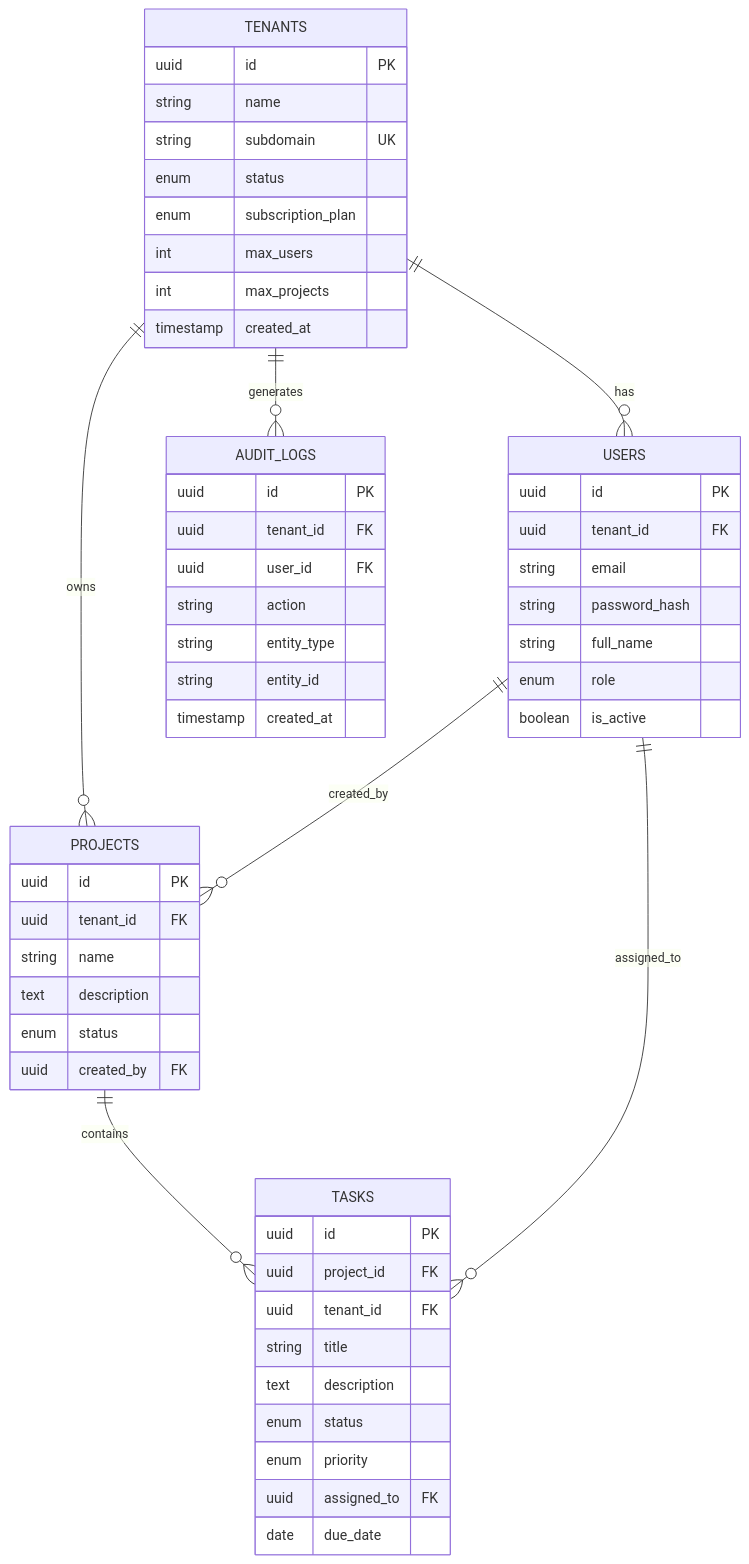
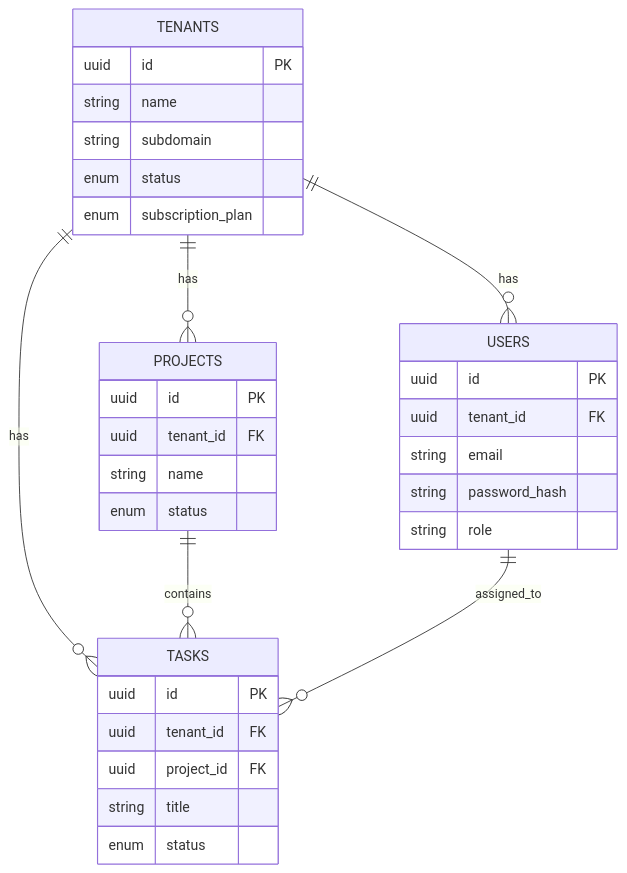
One commit to ganesh714/saas-project-management-system changed the second of 2 diagrams in docs/architecture.md. Above: the diagram before and after it, drawn with Mermaid. The commit also changed other lines of this file, not shown here.

Commit message:
Update Architecture document with diagrams and endpoint list

````diff
--- a/docs/architecture.md
+++ b/docs/architecture.md
@@ -23,61 +29,35 @@
 ```mermaid
 erDiagram
-    TENANTS ||--o{ USERS : has
-    TENANTS ||--o{ PROJECTS : owns
-    TENANTS ||--o{ AUDIT_LOGS : generates
-    PROJECTS ||--o{ TASKS : contains
-    USERS ||--o{ TASKS : assigned_to
-    USERS ||--o{ PROJECTS : created_by
-
+    TENANTS ||--o{ USERS : "has"
+    TENANTS ||--o{ PROJECTS : "has"
+    TENANTS ||--o{ TASKS : "has"
     TENANTS {
         uuid id PK
         string name
-        string subdomain UK
+        string subdomain
         enum status
         enum subscription_plan
-        int max_users
-        int max_projects
-        timestamp created_at
     }
-
     USERS {
         uuid id PK
         uuid tenant_id FK
         string email
         string password_hash
-        string full_name
-        enum role
-        boolean is_active
+        string role
     }
-
     PROJECTS {
         uuid id PK
         uuid tenant_id FK
         string name
-        text description
         enum status
-        uuid created_by FK
     }
-
     TASKS {
         uuid id PK
+        uuid tenant_id FK
         uuid project_id FK
-        uuid tenant_id FK
         string title
-        text description
         enum status
-        enum priority
-        uuid assigned_to FK
-        date due_date
     }
-
-    AUDIT_LOGS {
-        uuid id PK
-        uuid tenant_id FK
-        uuid user_id FK
-        string action
-        string entity_type
-        string entity_id
-        timestamp created_at
-    }
+    PROJECTS ||--o{ TASKS : "contains"
+    USERS ||--o{ TASKS : "assigned_to"
 ```
````
